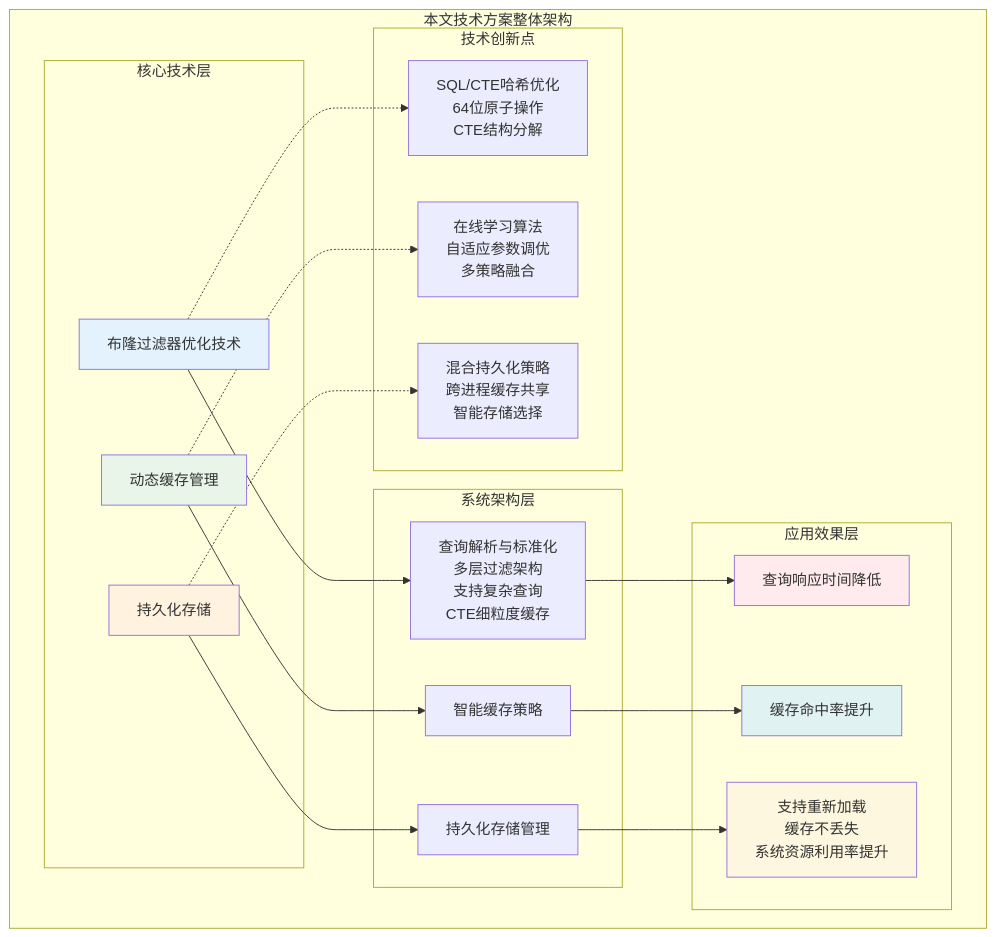
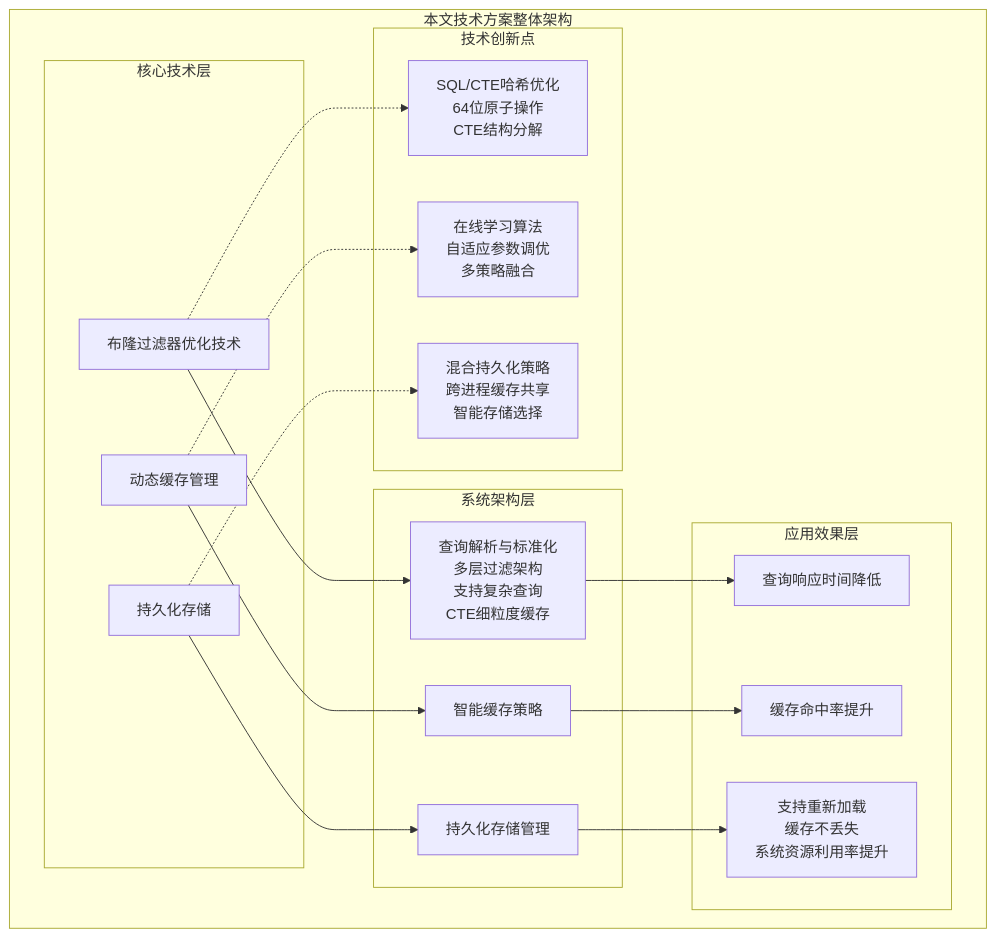
The second of 3 diagrams in md/第一章-绪论.md (crazypenguincode/duckdb), drawn with Mermaid before and after one commit. The commit also changed other lines of this file and 30 other files, not shown here.

````diff
--- a/md/第一章-绪论.md
+++ b/md/第一章-绪论.md
@@ -144,47 +137,41 @@
 ```mermaid
 graph TB
     subgraph "本文技术方案整体架构"
         subgraph "核心技术层"
             A1[布隆过滤器优化技术]
             A2[动态缓存管理]
             A3[持久化存储]
         end
         
         subgraph "系统架构层"
             B1[查询解析与标准化<br />多层过滤架构<br/>支持复杂查询<br/>CTE细粒度缓存]
             B2[智能缓存策略]
             B3[持久化存储管理]
         end
         
         subgraph "应用效果层"
             C1[查询响应时间降低]
             C2[缓存命中率提升]
             C3[支持重新加载<br />缓存不丢失<br />系统资源利用率提升]
         end
         
         A1 --> B1
         A2 --> B2
         A3 --> B3
         
         B1 --> C1
         B2 --> C2
         B3 --> C3
         
         subgraph "技术创新点"
             D1[SQL/CTE哈希优化<br/>64位原子操作<br/>CTE结构分解]
             D2[在线学习算法<br/>自适应参数调优<br/>多策略融合]
             D3[混合持久化策略<br/>跨进程缓存共享<br/>智能存储选择]
         end
         
         A1 -.-> D1
         A2 -.-> D2
         A3 -.-> D3
     end
-    
-    style A1 fill:#e3f2fd
-    style A2 fill:#e8f5e8
-    style A3 fill:#fff3e0
-    style C1 fill:#ffebee
-    style C2 fill:#e0f2f1
-    style C3 fill:#fef7e0
+
 ```
````
